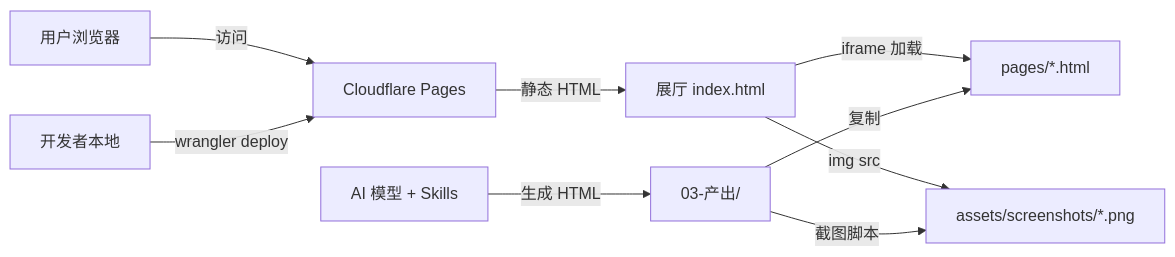
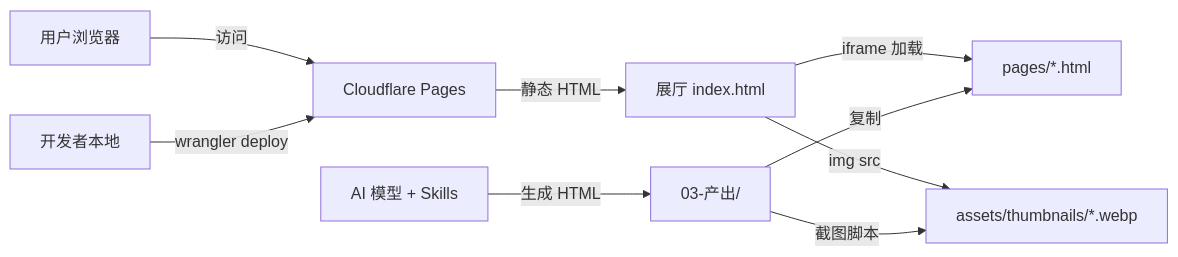
One commit to Myparjna/ui-skills-benchmark changed the diagram in projectdoc/ARCHITECTURE.md. Above: the diagram before and after it, drawn with Mermaid. The commit also changed other lines of this file and 1334 other files, not shown here.

````diff
--- a/projectdoc/ARCHITECTURE.md
+++ b/projectdoc/ARCHITECTURE.md
@@ -11,11 +11,11 @@
 ```mermaid
 graph LR
     A[用户浏览器] -->|访问| B[Cloudflare Pages]
     B -->|静态 HTML| C[展厅 index.html]
     C -->|iframe 加载| D[pages/*.html]
-    C -->|img src| E[assets/screenshots/*.png]
+    C -->|img src| E[assets/thumbnails/*.webp]
     F[开发者本地] -->|wrangler deploy| B
     G[AI 模型 + Skills] -->|生成 HTML| H[03-产出/]
     H -->|复制| D
     H -->|截图脚本| E
 ```
````
